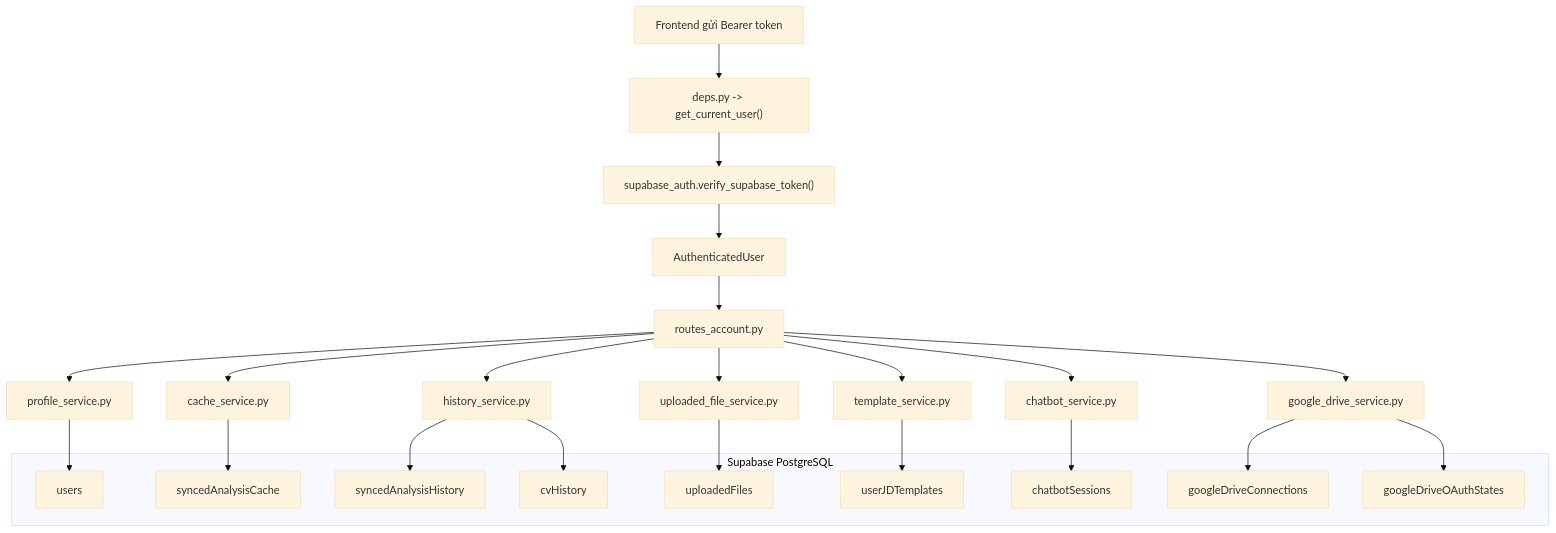
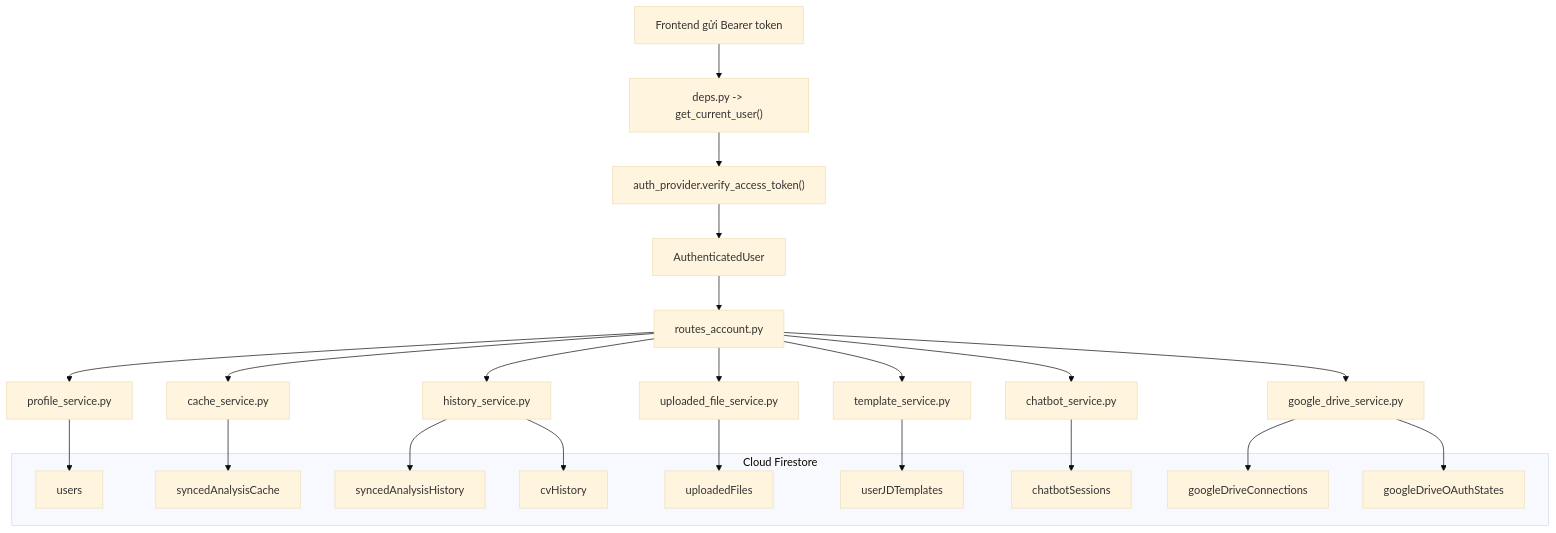
One commit to TechFutureAIFPT/ApiSupportHR- changed the fifth of 5 diagrams in api_server/docs/README.md. Above: the diagram before and after it, drawn with Mermaid (base theme). The commit also changed other lines of this file and 86 other files, not shown here.

````diff
--- a/api_server/docs/README.md
+++ b/api_server/docs/README.md
@@ -344,38 +345,38 @@
 ```mermaid
 flowchart TD
     A1["Frontend gửi Bearer token"] --> A2["deps.py -> get_current_user()"]
-    A2 --> A3["supabase_auth.verify_supabase_token()"]
+    A2 --> A3["auth_provider.verify_access_token()"]
     A3 --> A4["AuthenticatedUser"]
 
     A4 --> B1["routes_account.py"]
 
     B1 --> B2["profile_service.py"]
     B1 --> B3["cache_service.py"]
     B1 --> B4["history_service.py"]
     B1 --> B5["uploaded_file_service.py"]
     B1 --> B6["template_service.py"]
     B1 --> B7["chatbot_service.py"]
     B1 --> B8["google_drive_service.py"]
 
     B2 --> C1["users"]
     B3 --> C2["syncedAnalysisCache"]
     B4 --> C3["syncedAnalysisHistory"]
     B4 --> C4["cvHistory"]
     B5 --> C5["uploadedFiles"]
     B6 --> C6["userJDTemplates"]
     B7 --> C7["chatbotSessions"]
     B8 --> C8["googleDriveConnections"]
     B8 --> C9["googleDriveOAuthStates"]
 
-    subgraph FIRE["Supabase PostgreSQL"]
+    subgraph FIRE["Cloud Firestore"]
         C1
         C2
         C3
         C4
         C5
         C6
         C7
         C8
         C9
     end
 ```
````
